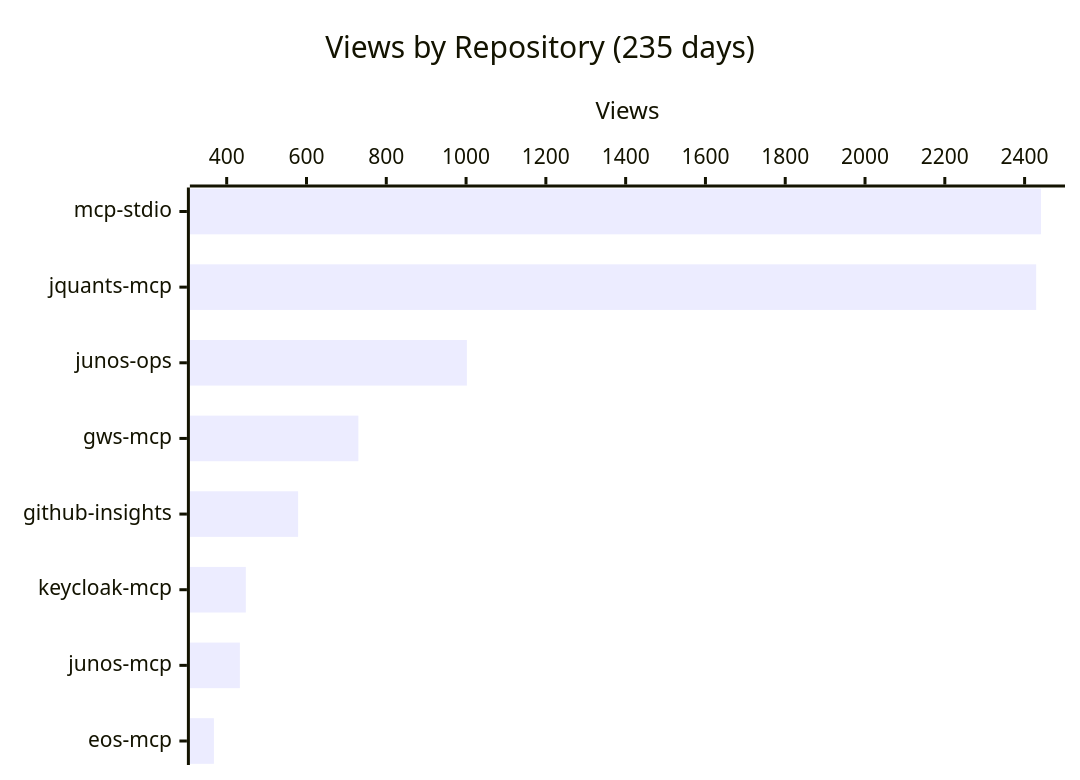
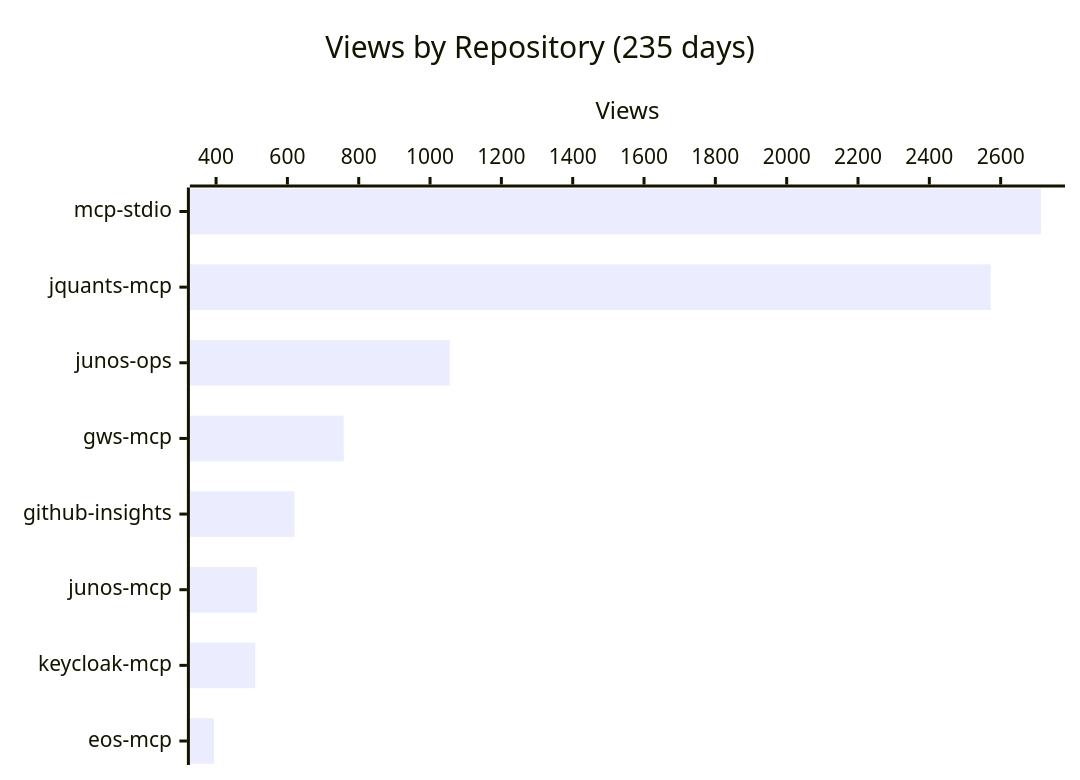
Before and after one commit to shigechika/github-insights: the first of 4 diagrams in README.md, drawn with Mermaid. The commit also changed other lines of this file and 1 other file, not shown here.

````diff
--- a/README.md
+++ b/README.md
@@ -18,7 +18,7 @@
 ```mermaid
 xychart-beta horizontal
     title "Views by Repository (235 days)"
-    x-axis ["mcp-stdio", "jquants-mcp", "junos-ops", "gws-mcp", "github-insights", "keycloak-mcp", "junos-mcp", "eos-mcp"]
+    x-axis ["mcp-stdio", "jquants-mcp", "junos-ops", "gws-mcp", "github-insights", "junos-mcp", "keycloak-mcp", "eos-mcp"]
     y-axis "Views"
-    bar [2441, 2429, 1002, 730, 579, 448, 433, 368]
+    bar [2713, 2572, 1055, 758, 620, 515, 510, 394]
 ```
````
